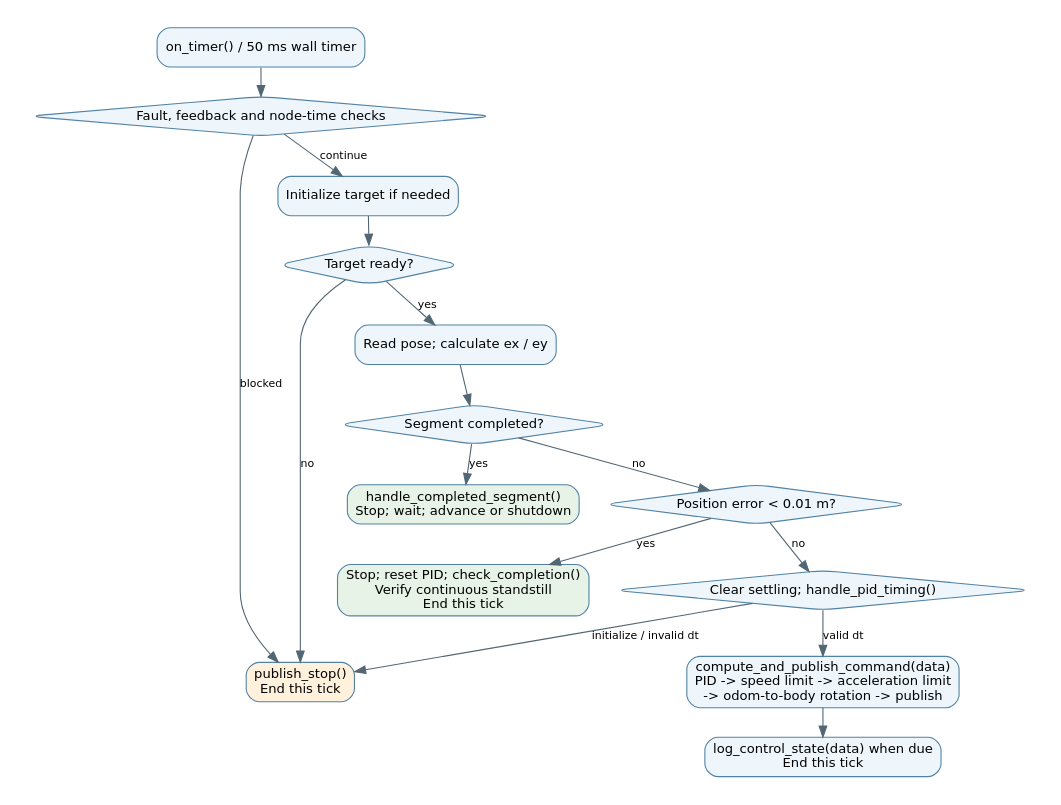
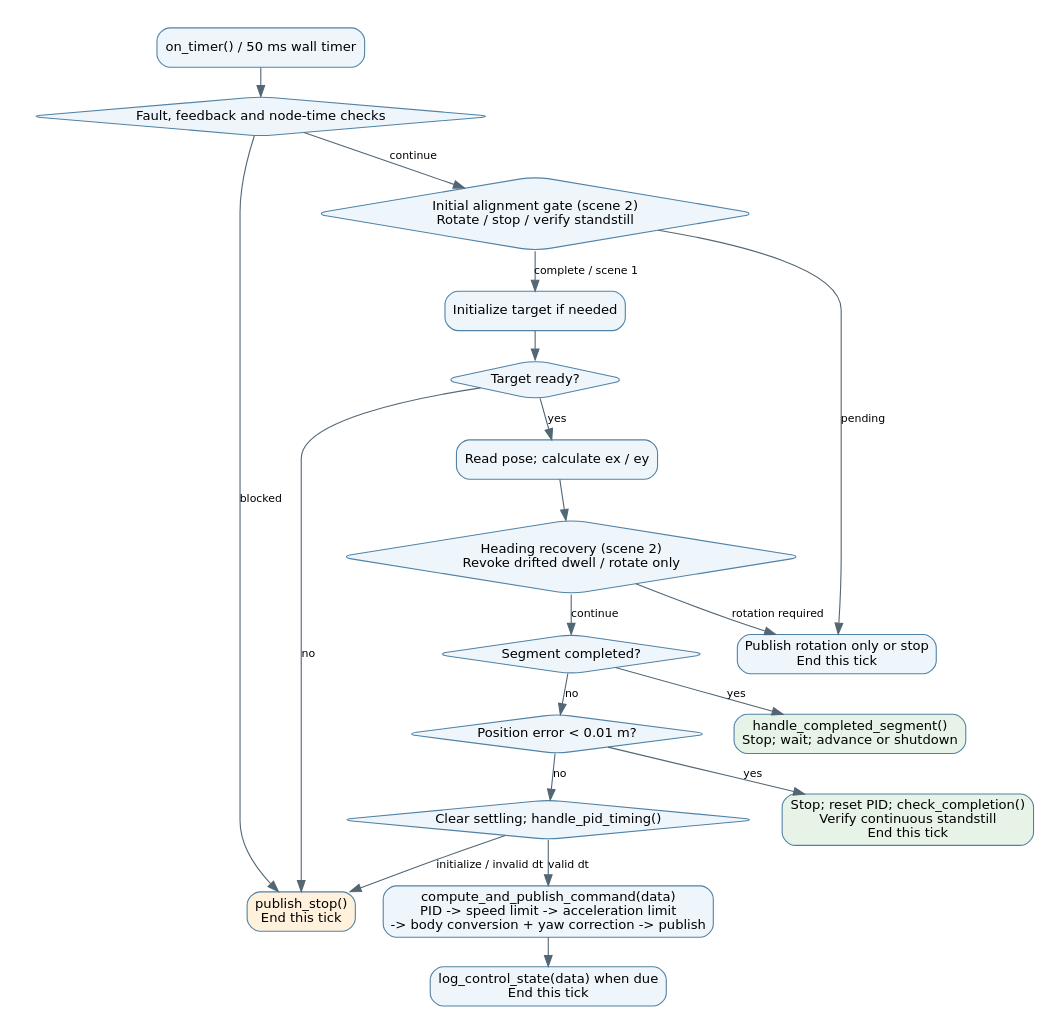
Before and after one commit to Cooper-Yu/distance_controller: the diagram in docs/diagrams/control_flow.dot, drawn with Graphviz. The commit also changed 8 other files, not shown here.

Commit message:
Add Task2 initial alignment and odometry heading control

```diff
--- a/docs/diagrams/control_flow.dot
+++ b/docs/diagrams/control_flow.dot
@@ -1,32 +1,39 @@
 digraph control {
   graph [rankdir=TB, bgcolor="white", pad="0.25", nodesep="0.3", ranksep="0.35"];
   node [shape=box, style="rounded,filled", fillcolor="#eef6fc", color="#5182a5", fontname="DejaVu Sans", fontsize=12];
   edge [color="#526674", fontname="DejaVu Sans", fontsize=10];
   start [label="on_timer() / 50 ms wall timer"];
   guard [label="Fault, feedback and node-time checks",shape=diamond];
   stop [label="publish_stop()\nEnd this tick",fillcolor="#fff1dc"];
+  align [label="Initial alignment gate (scene 2)\nRotate / stop / verify standstill",shape=diamond];
+  recover [label="Heading recovery (scene 2)\nRevoke drifted dwell / rotate only",shape=diamond];
+  rotate [label="Publish rotation only or stop\nEnd this tick"];
   target [label="Initialize target if needed"];
   valid [label="Target ready?",shape=diamond];
   errors [label="Read pose; calculate ex / ey"];
   done [label="Segment completed?",shape=diamond];
   dwell [label="handle_completed_segment()\nStop; wait; advance or shutdown",fillcolor="#e7f3e6"];
   near [label="Position error < 0.01 m?",shape=diamond];
   settle [label="Stop; reset PID; check_completion()\nVerify continuous standstill\nEnd this tick",fillcolor="#e7f3e6"];
   timing [label="Clear settling; handle_pid_timing()",shape=diamond];
-  compute [label="compute_and_publish_command(data)\nPID -> speed limit -> acceleration limit\n-> odom-to-body rotation -> publish"];
+  compute [label="compute_and_publish_command(data)\nPID -> speed limit -> acceleration limit\n-> body conversion + yaw correction -> publish"];
   log [label="log_control_state(data) when due\nEnd this tick"];
   start -> guard;
   guard -> stop [label="blocked"];
-  guard -> target [label="continue"];
+  guard -> align [label="continue"];
+  align -> rotate [label="pending"];
+  align -> target [label="complete / scene 1"];
   target -> valid;
   valid -> stop [label="no"];
   valid -> errors [label="yes"];
-  errors -> done;
+  errors -> recover;
+  recover -> rotate [label="rotation required"];
+  recover -> done [label="continue"];
   done -> dwell [label="yes"];
   done -> near [label="no"];
   near -> settle [label="yes"];
   near -> timing [label="no"];
   timing -> stop [label="initialize / invalid dt"];
   timing -> compute [label="valid dt"];
   compute -> log;
 }
```
